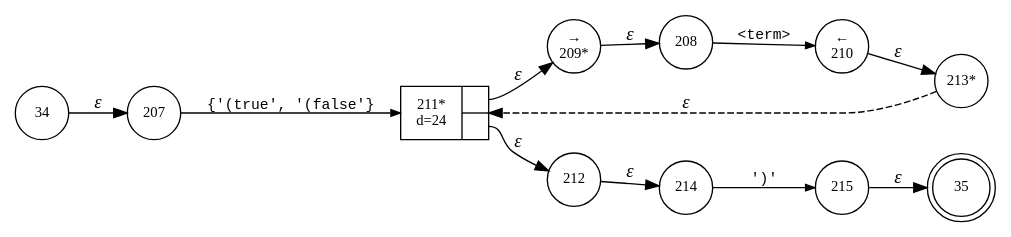
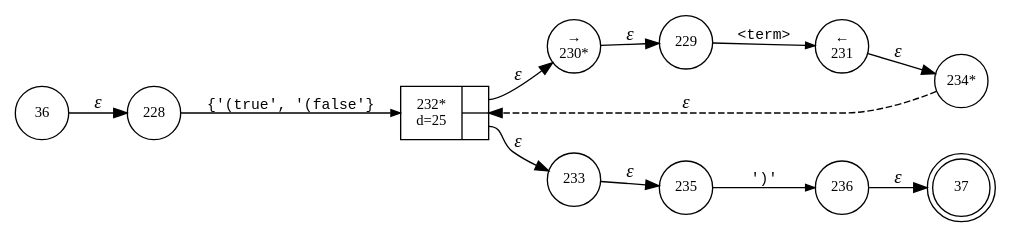
Before and after one commit to vulogov/Bund2: the diagram in internal/parser/Bund.logicblock_term.dot, drawn with Graphviz. The commit also changed 74 other files, not shown here.

```diff
--- a/internal/parser/Bund.logicblock_term.dot
+++ b/internal/parser/Bund.logicblock_term.dot
@@ -1,25 +1,25 @@
 digraph ATN {
 rankdir=LR;
-s35[fontsize=11, label="35", shape=doublecircle, fixedsize=true, width=.6];
-s208[fontsize=11,label="208", shape=circle, fixedsize=true, width=.55, peripheries=1];
-s209[fontsize=11,label="&rarr;\n209*", shape=circle, fixedsize=true, width=.55, peripheries=1];
-s34[fontsize=11,label="34", shape=circle, fixedsize=true, width=.55, peripheries=1];
-s210[fontsize=11,label="&larr;\n210", shape=circle, fixedsize=true, width=.55, peripheries=1];
-s211[fontsize=11,label="{211*\nd=24|{<p0>|<p1>}}", shape=record, fixedsize=false, peripheries=1];
-s212[fontsize=11,label="212", shape=circle, fixedsize=true, width=.55, peripheries=1];
-s213[fontsize=11,label="213*", shape=circle, fixedsize=true, width=.55, peripheries=1];
-s214[fontsize=11,label="214", shape=circle, fixedsize=true, width=.55, peripheries=1];
-s215[fontsize=11,label="215", shape=circle, fixedsize=true, width=.55, peripheries=1];
-s207[fontsize=11,label="207", shape=circle, fixedsize=true, width=.55, peripheries=1];
-s34 -> s207 [fontname="Times-Italic", label="&epsilon;"];
-s207 -> s211 [fontsize=11, fontname="Courier", arrowsize=.7, label = "{'(true', '(false'}", arrowhead = normal];
-s211:p0 -> s209 [fontname="Times-Italic", label="&epsilon;"];
-s211:p1 -> s212 [fontname="Times-Italic", label="&epsilon;"];
-s209 -> s208 [fontname="Times-Italic", label="&epsilon;"];
-s212 -> s214 [fontname="Times-Italic", label="&epsilon;"];
-s208 -> s210 [fontsize=11, fontname="Courier", arrowsize=.7, label = "<term>", arrowhead = normal];
-s214 -> s215 [fontsize=11, fontname="Courier", arrowsize=.7, label = "')'", arrowhead = normal];
-s210 -> s213 [fontname="Times-Italic", label="&epsilon;"];
-s215 -> s35 [fontname="Times-Italic", label="&epsilon;"];
-s213 -> s211 [fontname="Times-Italic", label="&epsilon;", style="dashed"];
+s37[fontsize=11, label="37", shape=doublecircle, fixedsize=true, width=.6];
+s36[fontsize=11,label="36", shape=circle, fixedsize=true, width=.55, peripheries=1];
+s228[fontsize=11,label="228", shape=circle, fixedsize=true, width=.55, peripheries=1];
+s229[fontsize=11,label="229", shape=circle, fixedsize=true, width=.55, peripheries=1];
+s230[fontsize=11,label="&rarr;\n230*", shape=circle, fixedsize=true, width=.55, peripheries=1];
+s231[fontsize=11,label="&larr;\n231", shape=circle, fixedsize=true, width=.55, peripheries=1];
+s232[fontsize=11,label="{232*\nd=25|{<p0>|<p1>}}", shape=record, fixedsize=false, peripheries=1];
+s233[fontsize=11,label="233", shape=circle, fixedsize=true, width=.55, peripheries=1];
+s234[fontsize=11,label="234*", shape=circle, fixedsize=true, width=.55, peripheries=1];
+s235[fontsize=11,label="235", shape=circle, fixedsize=true, width=.55, peripheries=1];
+s236[fontsize=11,label="236", shape=circle, fixedsize=true, width=.55, peripheries=1];
+s36 -> s228 [fontname="Times-Italic", label="&epsilon;"];
+s228 -> s232 [fontsize=11, fontname="Courier", arrowsize=.7, label = "{'(true', '(false'}", arrowhead = normal];
+s232:p0 -> s230 [fontname="Times-Italic", label="&epsilon;"];
+s232:p1 -> s233 [fontname="Times-Italic", label="&epsilon;"];
+s230 -> s229 [fontname="Times-Italic", label="&epsilon;"];
+s233 -> s235 [fontname="Times-Italic", label="&epsilon;"];
+s229 -> s231 [fontsize=11, fontname="Courier", arrowsize=.7, label = "<term>", arrowhead = normal];
+s235 -> s236 [fontsize=11, fontname="Courier", arrowsize=.7, label = "')'", arrowhead = normal];
+s231 -> s234 [fontname="Times-Italic", label="&epsilon;"];
+s236 -> s37 [fontname="Times-Italic", label="&epsilon;"];
+s234 -> s232 [fontname="Times-Italic", label="&epsilon;", style="dashed"];
 }
```
